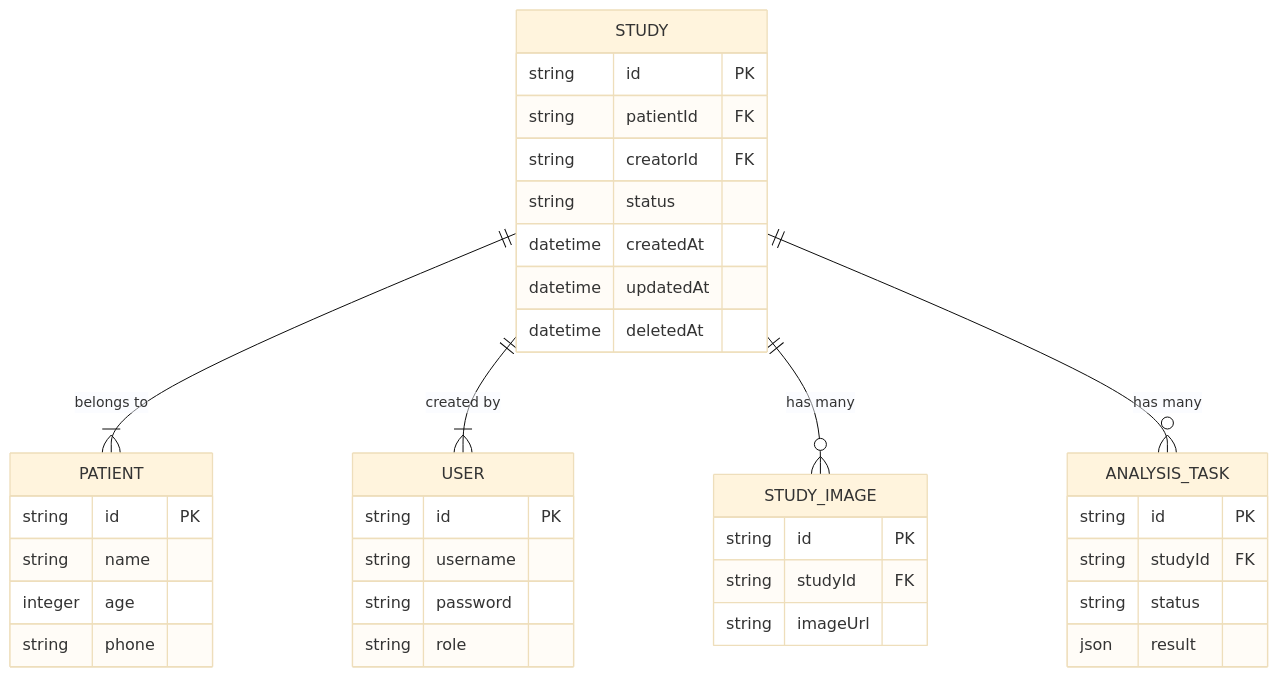
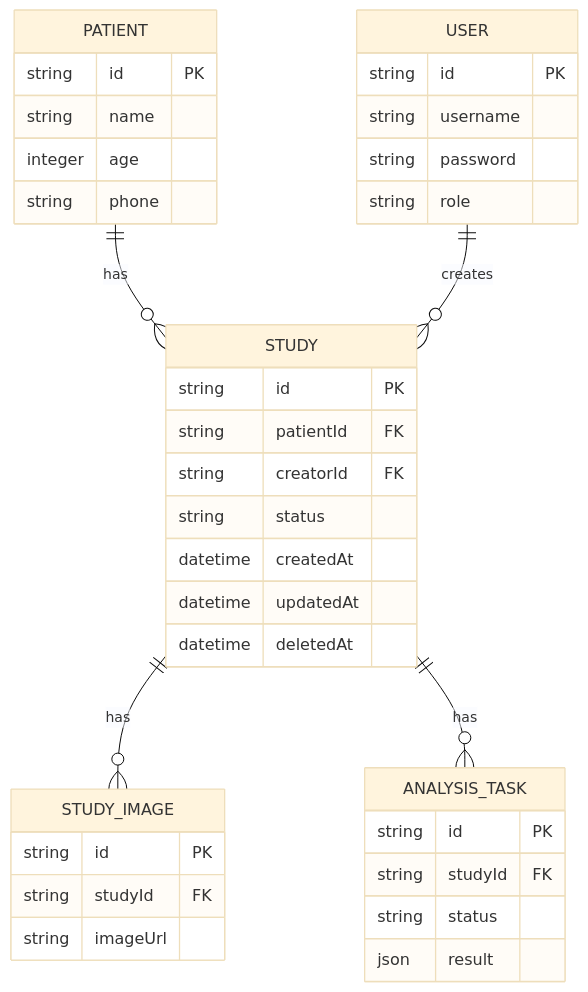
One commit to xingranya/CervixDetectAI changed the seventh of 7 diagrams in wiki/API参考/病例管理API/病例管理API详解.md. Above: the diagram before and after it, drawn with Mermaid (base theme). The commit also changed other lines of this file and 35 other files, not shown here.

First line of the commit message:
docs(readme): 优化并统一项目文档中的流程图与说明

````diff
--- a/wiki/API参考/病例管理API/病例管理API详解.md
+++ b/wiki/API参考/病例管理API/病例管理API详解.md
@@ -234,39 +229,39 @@
 ```mermaid
 erDiagram
 STUDY {
 string id PK
 string patientId FK
 string creatorId FK
 string status
 datetime createdAt
 datetime updatedAt
 datetime deletedAt
 }
 PATIENT {
 string id PK
 string name
 integer age
 string phone
 }
 USER {
 string id PK
 string username
 string password
 string role
 }
 STUDY_IMAGE {
 string id PK
 string studyId FK
 string imageUrl
 }
 ANALYSIS_TASK {
 string id PK
 string studyId FK
 string status
 json result
 }
-STUDY ||--|{ PATIENT : "belongs to"
-STUDY ||--|{ USER : "created by"
-STUDY ||--o{ STUDY_IMAGE : "has many"
-STUDY ||--o{ ANALYSIS_TASK : "has many"
+PATIENT ||--o{ STUDY : "has"
+USER ||--o{ STUDY : "creates"
+STUDY ||--o{ STUDY_IMAGE : "has"
+STUDY ||--o{ ANALYSIS_TASK : "has"
 ```
````
